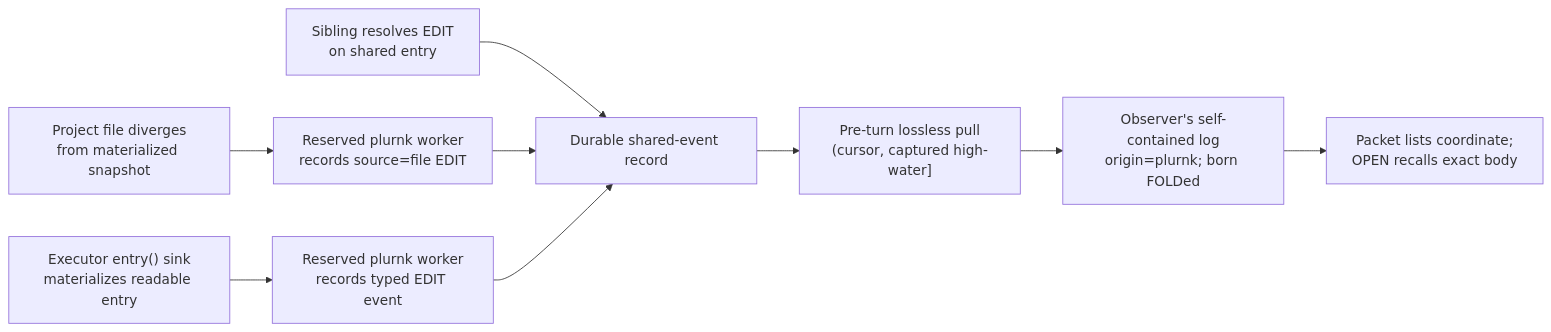
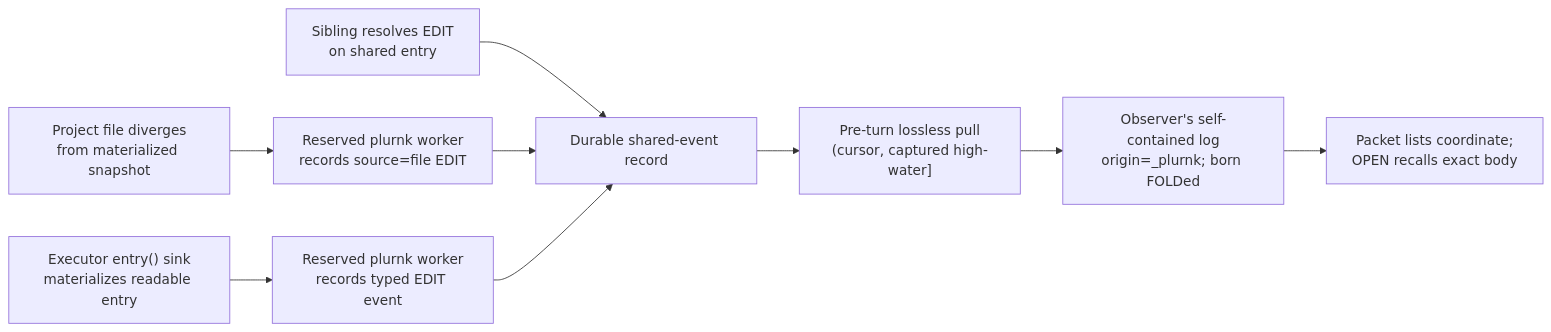
Before and after one commit to plurnk/plurnk-service: diagram 18 of 20 in plurnk-core/SPEC.md, drawn with Mermaid. The commit also changed other lines of this file and 83 other files, not shown here.

````diff
--- a/plurnk-core/SPEC.md
+++ b/plurnk-core/SPEC.md
@@ -2880,11 +2884,11 @@
 ```mermaid
 flowchart LR
     sibling["Sibling resolves EDIT<br/>on shared entry"] --> events["Durable shared-event record"]
     disk["Project file diverges<br/>from materialized snapshot"] --> kernel["Reserved plurnk worker<br/>records source=file EDIT"]
     sink["Executor entry() sink<br/>materializes readable entry"] --> typed["Reserved plurnk worker<br/>records typed EDIT event"]
     kernel --> events
     typed --> events
     events --> pull["Pre-turn lossless pull<br/>(cursor, captured high-water]"]
-    pull --> log["Observer's self-contained log<br/>origin=plurnk; born FOLDed"]
+    pull --> log["Observer's self-contained log<br/>origin=_plurnk; born FOLDed"]
     log --> packet["Packet lists coordinate;<br/>OPEN recalls exact body"]
 ```
````
